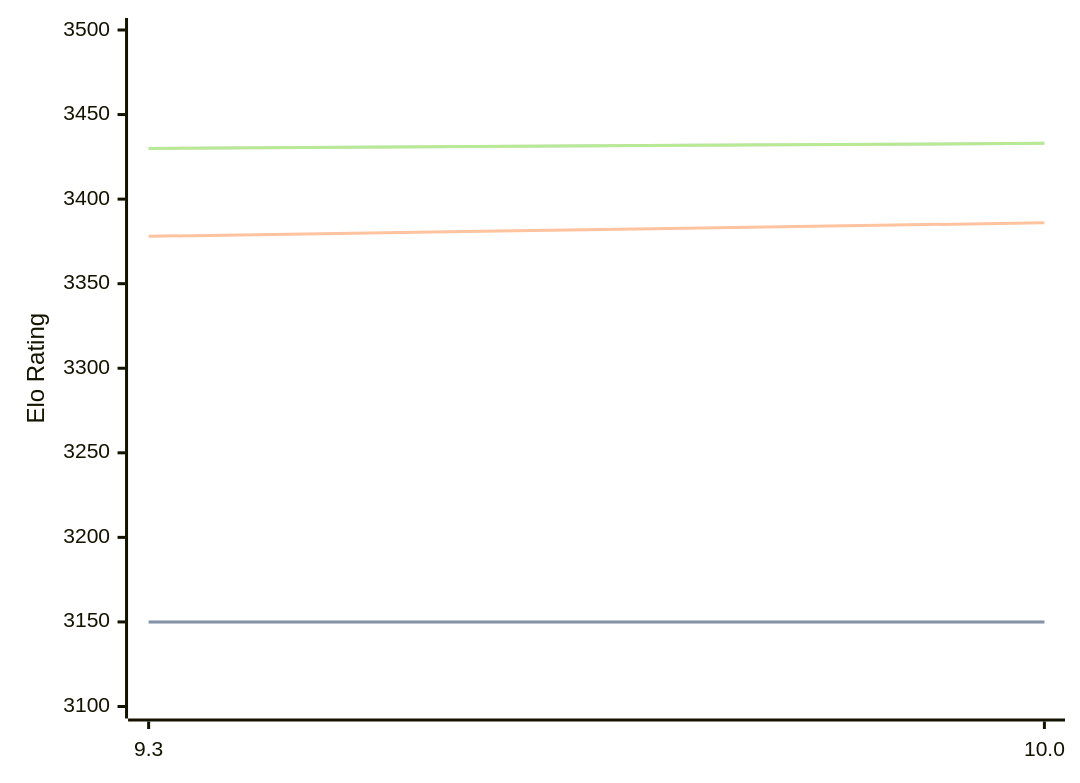
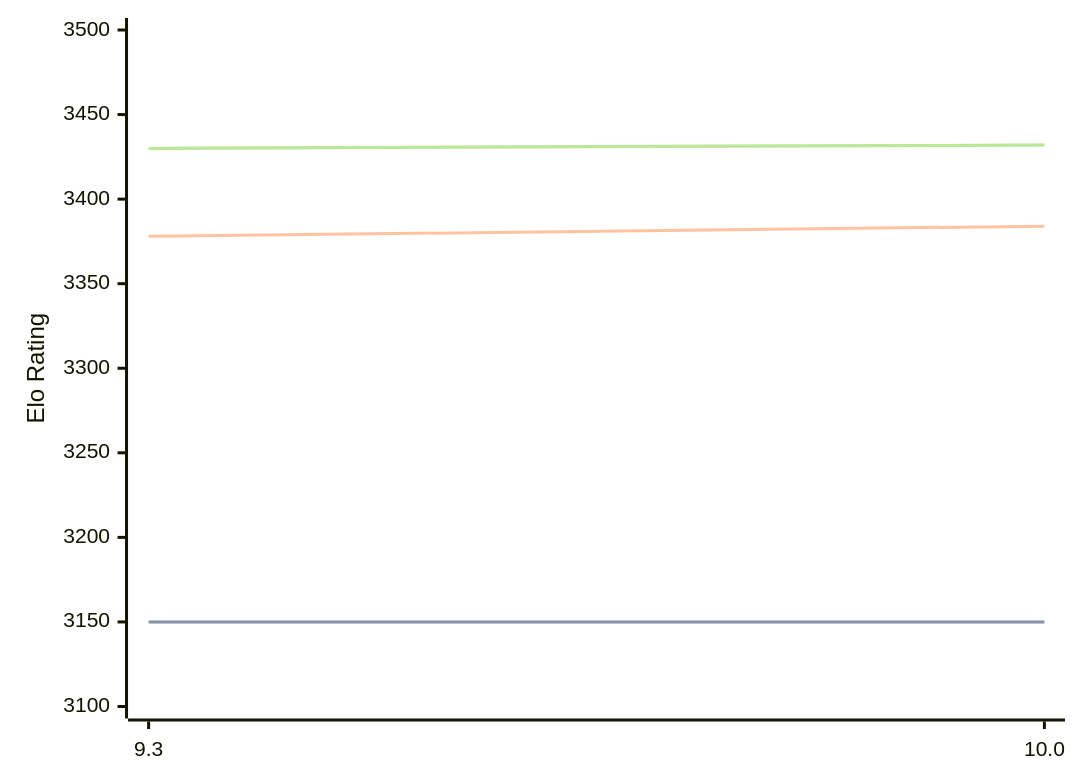
The diagram in engines/Fire.md (computer-chess-index/cci), drawn with Mermaid before and after one commit. The commit also changed other lines of this file, not shown here.

Commit message:
Update CCI Ratings (ELO VLTC) - 2026-09-11

````diff
--- a/engines/Fire.md
+++ b/engines/Fire.md
@@ -32,11 +32,11 @@
 ```mermaid
 %%{init: {"theme":"base","themeVariables":{"seriesColors:['#a3a3a3','#222221','#faa371']}}}%%
 xychart-beta
   x-axis ["9.3", "10.0"]
   y-axis "Elo Rating" 3100 --> 3500
   line "" [3150, 3150]
   line "STC (8.0+0.08s)" [3150, 3150]
-  line "LTC (60.0+0.60s)" [3378, 3386]
-  line "" [3430, 3433]
-  line "VLTC (2m24s+1.12s)" [3430, 3433]
+  line "LTC (60.0+0.60s)" [3378, 3384]
+  line "" [3430, 3432]
+  line "VLTC (2m24s+1.12s)" [3430, 3432]
 ```
````
